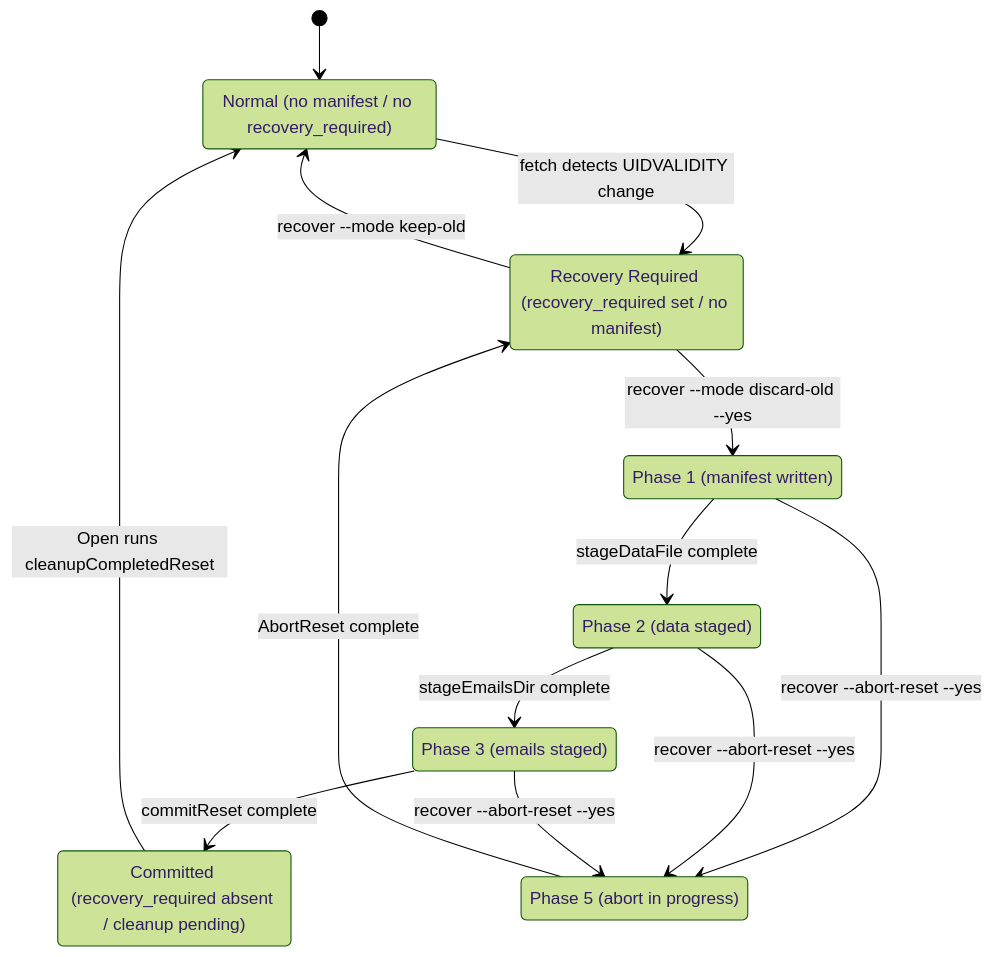
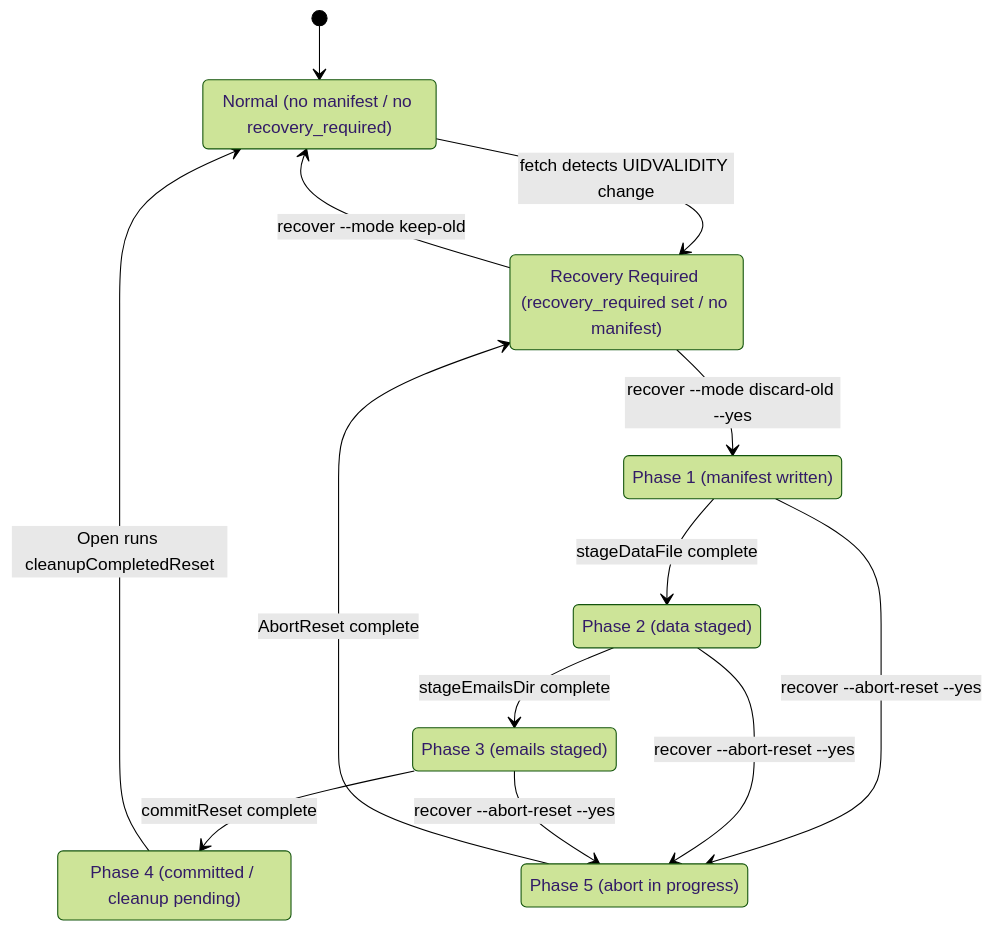
Before and after one commit to isseis/tlsrpt-digest: the diagram in docs/dev/adr/0003_reset_phase_design.md, drawn with Mermaid (forest theme). The commit also changed other lines of this file and 1 other file, not shown here.

Commit message:
docs(adr-0003): show phase 4 explicitly in state transition diagram
Replace the implicit "Committed" state with an explicit P4 node so the
diagram is consistent with the phase table. Add a separate note explaining
the commit-window crash (phase 3 + sentinel committed) and why it
converges to Normal via the same cleanup path as phase 4.

````diff
--- a/docs/dev/adr/0003_reset_phase_design.md
+++ b/docs/dev/adr/0003_reset_phase_design.md
@@ -62,24 +62,24 @@
 ```mermaid
 stateDiagram-v2
     [*] --> Normal
 
     Normal : Normal (no manifest / no recovery_required)
     RR : Recovery Required (recovery_required set / no manifest)
     P1 : Phase 1 (manifest written)
     P2 : Phase 2 (data staged)
     P3 : Phase 3 (emails staged)
-    Committed : Committed (recovery_required absent / cleanup pending)
+    P4 : Phase 4 (committed / cleanup pending)
     P5 : Phase 5 (abort in progress)
 
     Normal --> RR : fetch detects UIDVALIDITY change
     RR --> Normal : recover --mode keep-old
     RR --> P1 : recover --mode discard-old --yes
     P1 --> P2 : stageDataFile complete
     P2 --> P3 : stageEmailsDir complete
-    P3 --> Committed : commitReset complete
-    Committed --> Normal : Open runs cleanupCompletedReset
+    P3 --> P4 : commitReset complete
+    P4 --> Normal : Open runs cleanupCompletedReset
     P1 --> P5 : recover --abort-reset --yes
     P2 --> P5 : recover --abort-reset --yes
     P3 --> P5 : recover --abort-reset --yes
     P5 --> RR : AbortReset complete
 ```
````
